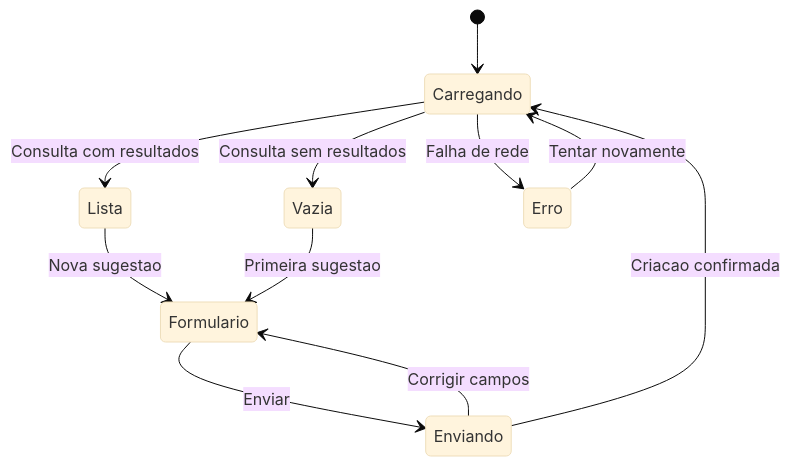
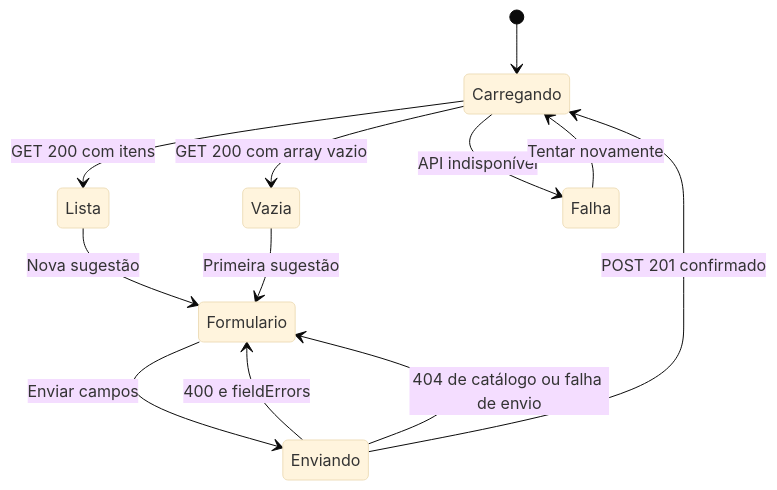
Before and after one commit to e24Dev/CaixaDeSugestoes: the second of 2 diagrams in docs/08-continuacao-web.md, drawn with Mermaid (base theme). The commit also changed other lines of this file and 15 other files, not shown here.

Commit message:
docs: provide reproducible API tutorials and expand learning diagrams

````diff
--- a/docs/08-continuacao-web.md
+++ b/docs/08-continuacao-web.md
@@ -15,13 +59,14 @@
 ```mermaid
 stateDiagram-v2
     [*] --> Carregando
-    Carregando --> Lista: Consulta com resultados
-    Carregando --> Vazia: Consulta sem resultados
-    Carregando --> Erro: Falha de rede
-    Erro --> Carregando: Tentar novamente
-    Lista --> Formulario: Nova sugestao
-    Vazia --> Formulario: Primeira sugestao
-    Formulario --> Enviando: Enviar
-    Enviando --> Formulario: Corrigir campos
-    Enviando --> Carregando: Criacao confirmada
+    Carregando --> Lista: GET 200 com itens
+    Carregando --> Vazia: GET 200 com array vazio
+    Carregando --> Falha: API indisponível
+    Falha --> Carregando: Tentar novamente
+    Lista --> Formulario: Nova sugestão
+    Vazia --> Formulario: Primeira sugestão
+    Formulario --> Enviando: Enviar campos
+    Enviando --> Formulario: 400 e fieldErrors
+    Enviando --> Formulario: 404 de catálogo ou falha de envio
+    Enviando --> Carregando: POST 201 confirmado
 ```
````
